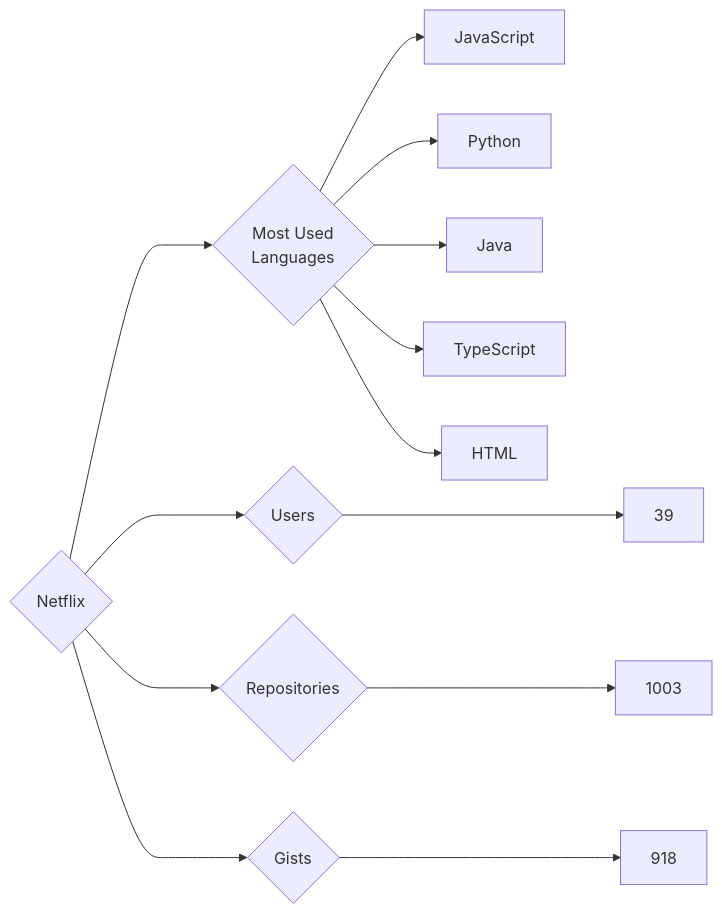
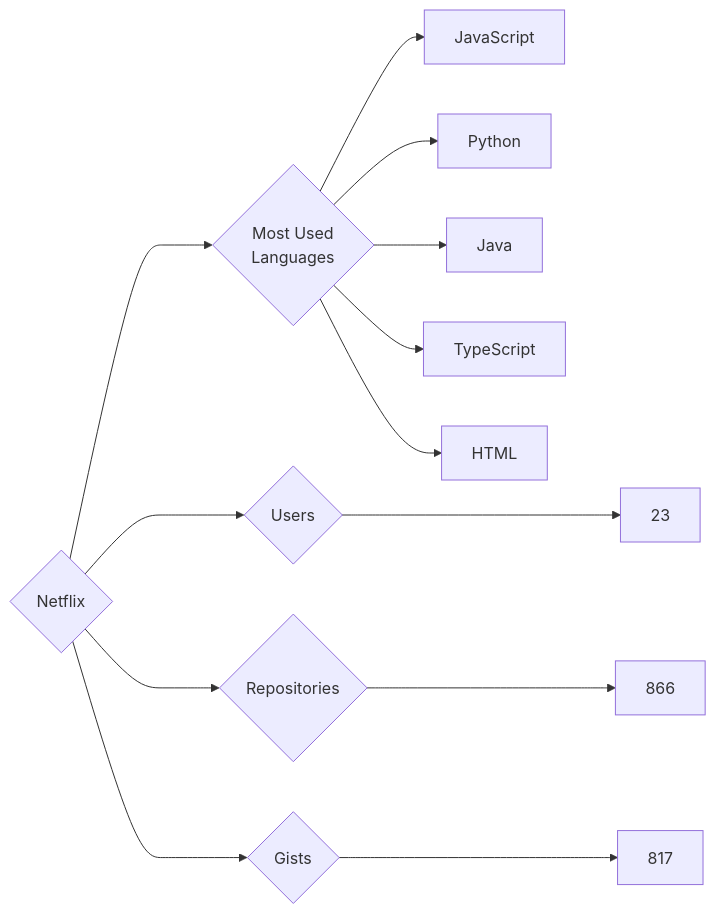
One commit to trickest/insiders changed the diagram in targets/Netflix/README.md. Above: the diagram before and after it, drawn with Mermaid. The commit also changed 796 other files, not shown here.

````diff
--- a/targets/Netflix/README.md
+++ b/targets/Netflix/README.md
@@ -3,13 +3,13 @@
 ```mermaid
 graph LR
 COMPANY_NAME{Netflix}
-COMPANY_NAME ---> U{Users} ---> UN[39]
-COMPANY_NAME ---> R{Repositories} ---> RN[1003]
-COMPANY_NAME ---> G{Gists} ---> GN[918]
+COMPANY_NAME ---> U{Users} ---> UN[23]
+COMPANY_NAME ---> R{Repositories} ---> RN[866]
+COMPANY_NAME ---> G{Gists} ---> GN[817]
 COMPANY_NAME ---> ML{Most Used<br>Languages}
 ML --> JavaScript[JavaScript]
 ML --> Python[Python]
 ML --> Java[Java]
 ML --> TypeScript[TypeScript]
 ML --> HTML[HTML]
 ```
````
